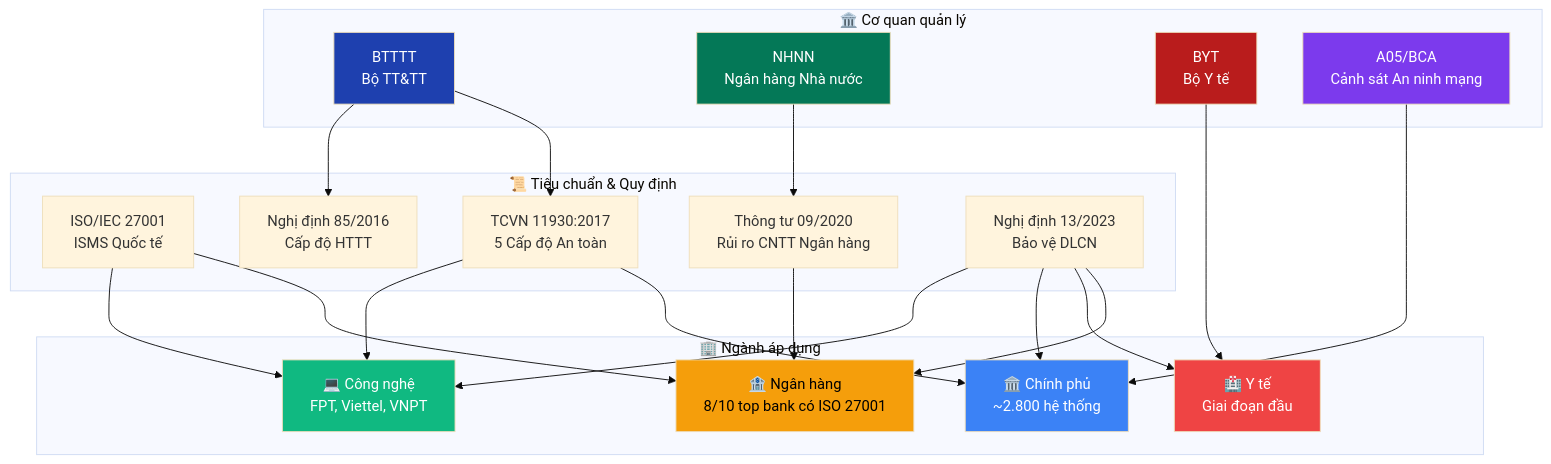
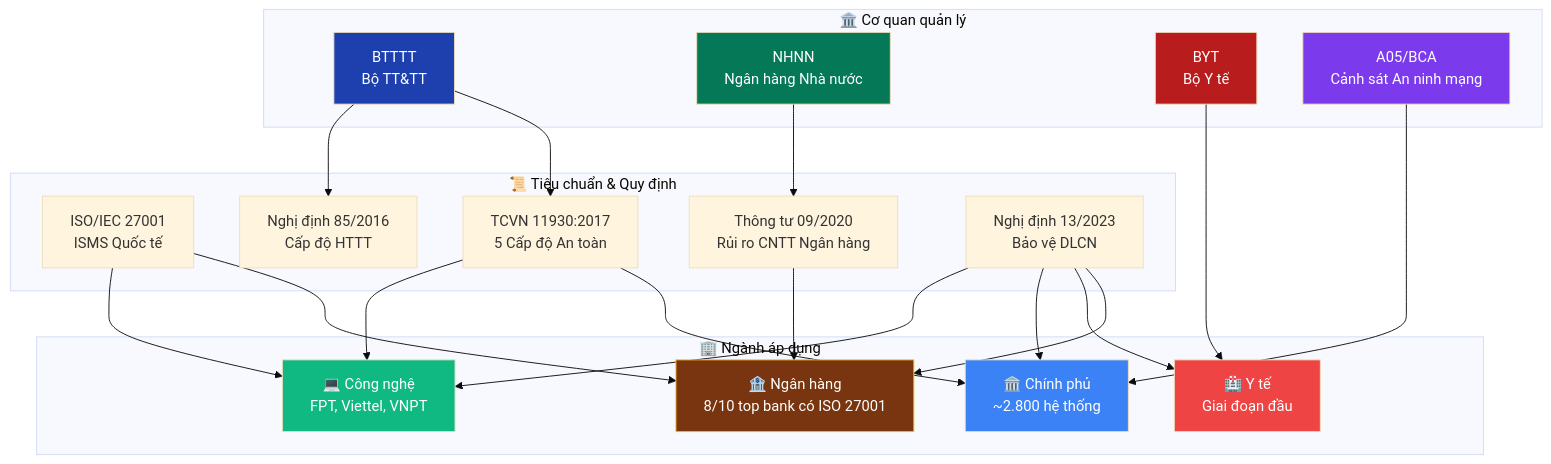
Before and after one commit to NghiaDinh03/phobert-chatbot-project: the first of 11 diagrams in docs/vi/case_studies.md, drawn with Mermaid (base theme). The commit also changed other lines of this file and 3 other files, not shown here.

Commit message:
fix(frontend): resolve Canvas taint error on Mermaid PNG export & update docs/vi charts for darkmode

````diff
--- a/docs/vi/case_studies.md
+++ b/docs/vi/case_studies.md
@@ -63,43 +63,43 @@
 ```mermaid
 graph TB
     subgraph "🏛️ Cơ quan quản lý"
         BTTTT["BTTTT<br/>Bộ TT&TT"]
         NHNN["NHNN<br/>Ngân hàng Nhà nước"]
         BYT["BYT<br/>Bộ Y tế"]
         BCA["A05/BCA<br/>Cảnh sát An ninh mạng"]
     end
 
     subgraph "📜 Tiêu chuẩn & Quy định"
         ISO["ISO/IEC 27001<br/>ISMS Quốc tế"]
         TCVN["TCVN 11930:2017<br/>5 Cấp độ An toàn"]
         ND85["Nghị định 85/2016<br/>Cấp độ HTTT"]
         TT09["Thông tư 09/2020<br/>Rủi ro CNTT Ngân hàng"]
         ND13["Nghị định 13/2023<br/>Bảo vệ DLCN"]
     end
 
     subgraph "🏢 Ngành áp dụng"
         BANK["🏦 Ngân hàng<br/>8/10 top bank có ISO 27001"]
         HEALTH["🏥 Y tế<br/>Giai đoạn đầu"]
         GOV["🏛️ Chính phủ<br/>~2.800 hệ thống"]
         TECH["💻 Công nghệ<br/>FPT, Viettel, VNPT"]
     end
 
     BTTTT --> TCVN & ND85
     NHNN --> TT09
     BYT --> HEALTH
     BCA --> GOV
 
     ISO --> BANK & TECH
     TCVN --> GOV & TECH
     TT09 --> BANK
     ND13 --> BANK & HEALTH & GOV & TECH
 
     style BTTTT fill:#1e40af,color:#fff
     style NHNN fill:#047857,color:#fff
     style BYT fill:#b91c1c,color:#fff
     style BCA fill:#7c3aed,color:#fff
-    style BANK fill:#f59e0b,color:#000
+    style BANK fill:#78350f,stroke:#fbbf24,color:#fff
     style HEALTH fill:#ef4444,color:#fff
     style GOV fill:#3b82f6,color:#fff
     style TECH fill:#10b981,color:#fff
 ```
````
